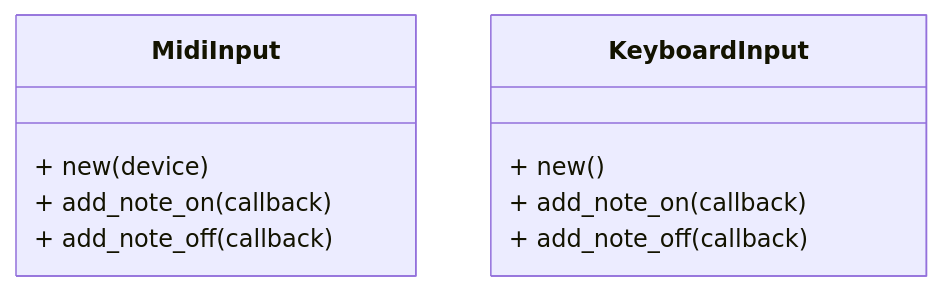
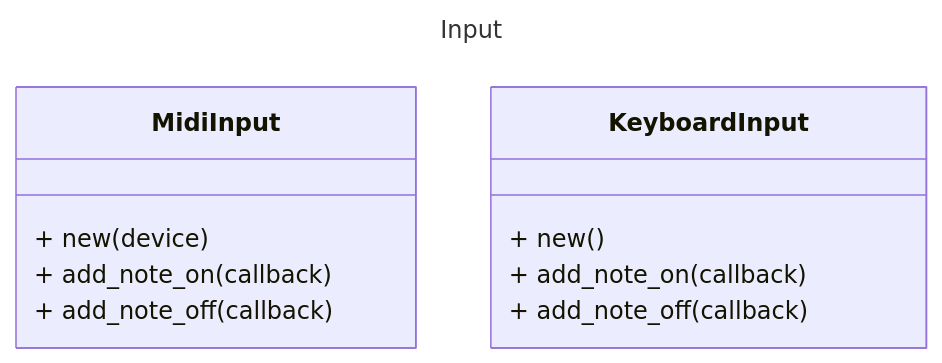
The first of 5 diagrams in README.md (stefano-rasi/Synth), drawn with Mermaid before and after one commit. The commit also changed other lines of this file, not shown here.

````diff
--- a/README.md
+++ b/README.md
@@ -1,15 +1,18 @@
 ```mermaid
+---
+title: Input
+---
 classDiagram
   class MidiInput {
     + new(device)
 
     + add_note_on(callback)
     + add_note_off(callback)
   }
   class KeyboardInput {
     + new()
 
     + add_note_on(callback)
     + add_note_off(callback)
   }
 ```
````
